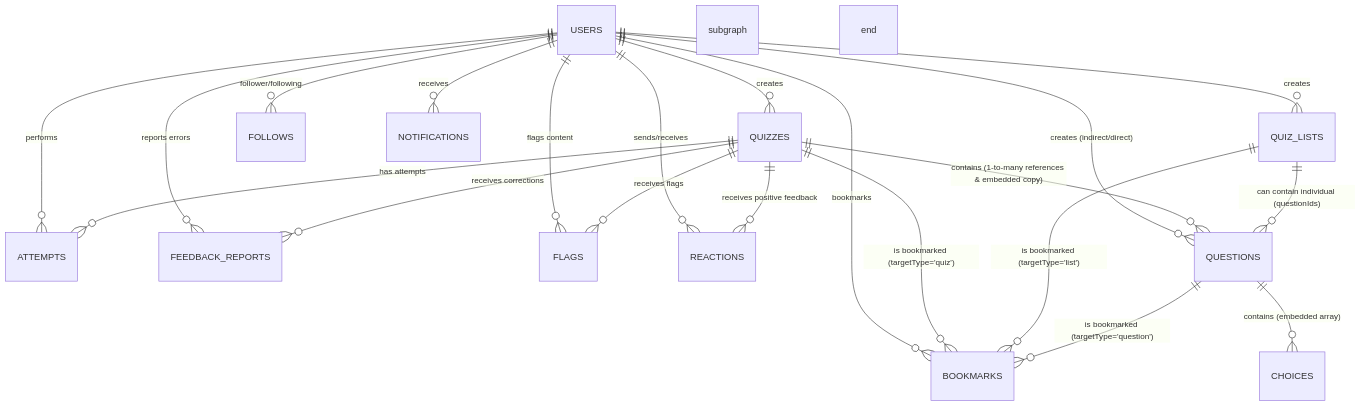
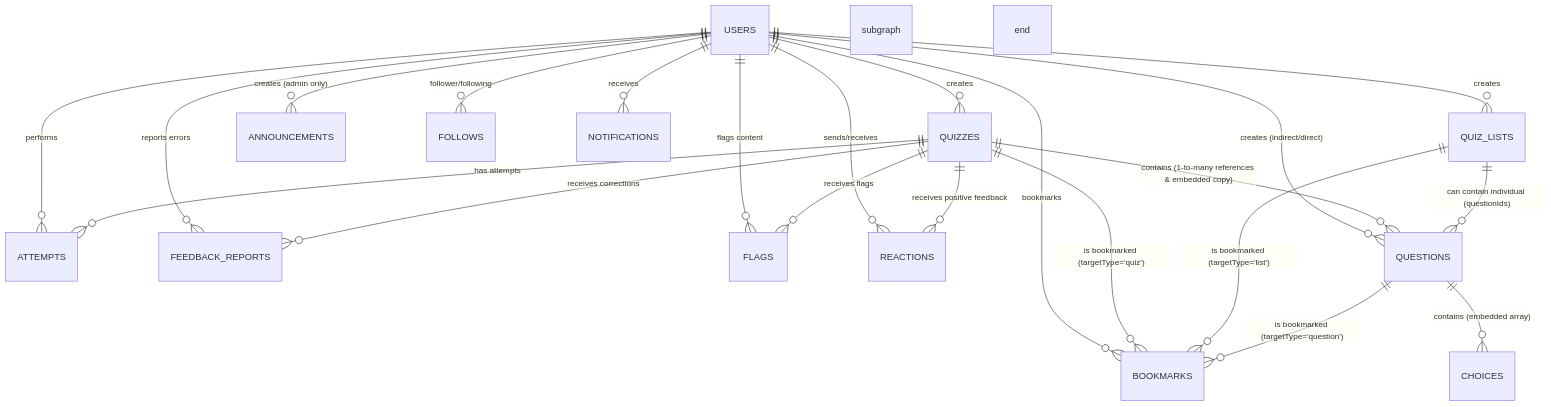
One commit to npressoworks/quizetika changed the diagram in docs/db_design.md. Above: the diagram before and after it, drawn with Mermaid. The commit also changed other lines of this file and 5 other files, not shown here.

````diff
--- a/docs/db_design.md
+++ b/docs/db_design.md
@@ -10,29 +10,30 @@
 ```mermaid
 erDiagram
     USERS ||--o{ QUIZZES : "creates"
     USERS ||--o{ QUIZ_LISTS : "creates"
     USERS ||--o{ ATTEMPTS : "performs"
+    USERS ||--o{ ANNOUNCEMENTS : "creates (admin only)"
     USERS ||--o{ FOLLOWS : "follower/following"
     USERS ||--o{ BOOKMARKS : "bookmarks"
     USERS ||--o{ FEEDBACK_REPORTS : "reports errors"
     USERS ||--o{ FLAGS : "flags content"
     USERS ||--o{ REACTIONS : "sends/receives"
     USERS ||--o{ NOTIFICATIONS : "receives"
     USERS ||--o{ QUESTIONS : "creates (indirect/direct)"
     
     QUIZZES ||--o{ QUESTIONS : "contains (1-to-many references & embedded copy)"
     QUIZZES ||--o{ BOOKMARKS : "is bookmarked (targetType='quiz')"
     QUIZ_LISTS ||--o{ BOOKMARKS : "is bookmarked (targetType='list')"
     QUESTIONS ||--o{ BOOKMARKS : "is bookmarked (targetType='question')"
     
     QUIZZES ||--o{ ATTEMPTS : "has attempts"
     QUIZZES ||--o{ FEEDBACK_REPORTS : "receives corrections"
     QUIZZES ||--o{ FLAGS : "receives flags"
     QUIZZES ||--o{ REACTIONS : "receives positive feedback"
     
     QUIZ_LISTS ||--o{ QUESTIONS : "can contain individual (questionIds)"
     
     subgraph QUESTIONS
         QUESTIONS ||--o{ CHOICES : "contains (embedded array)"
     end
 ```
````
